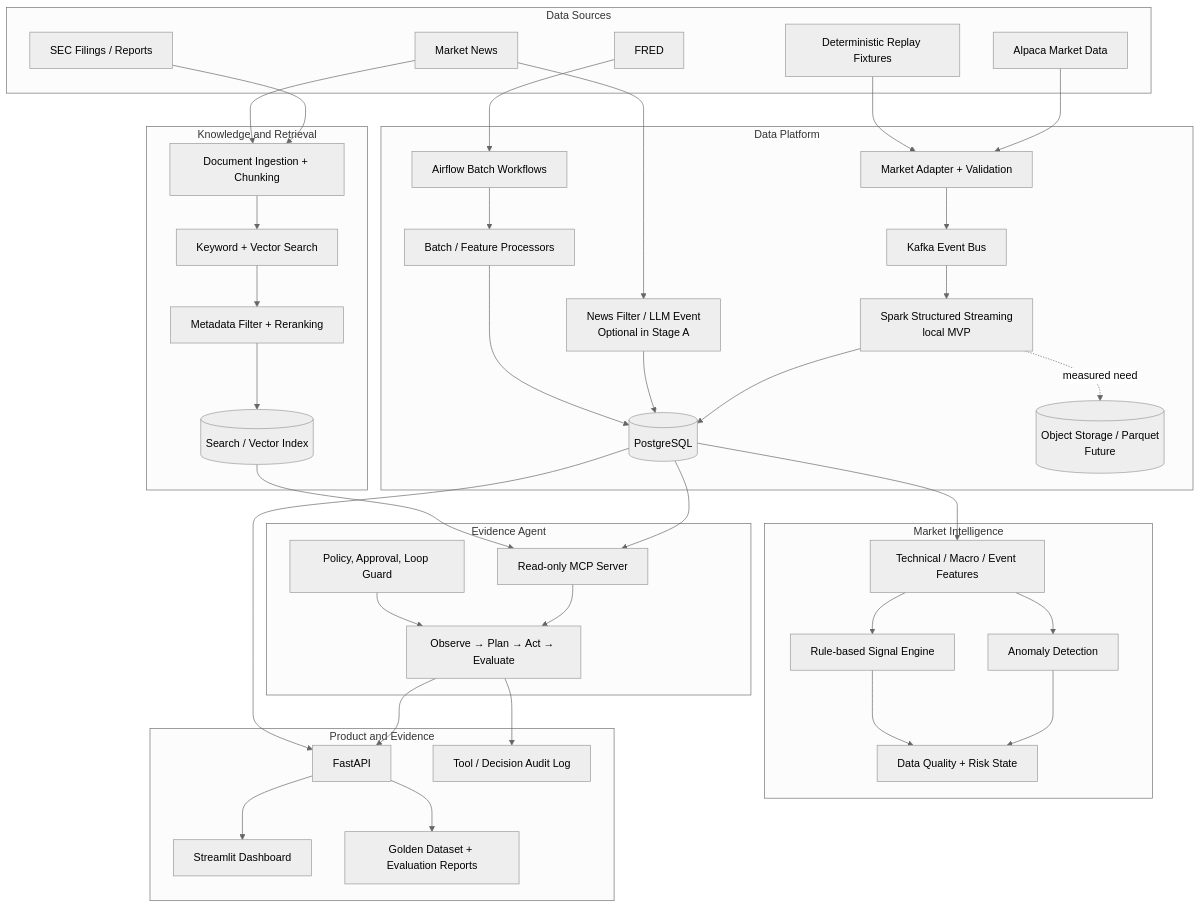
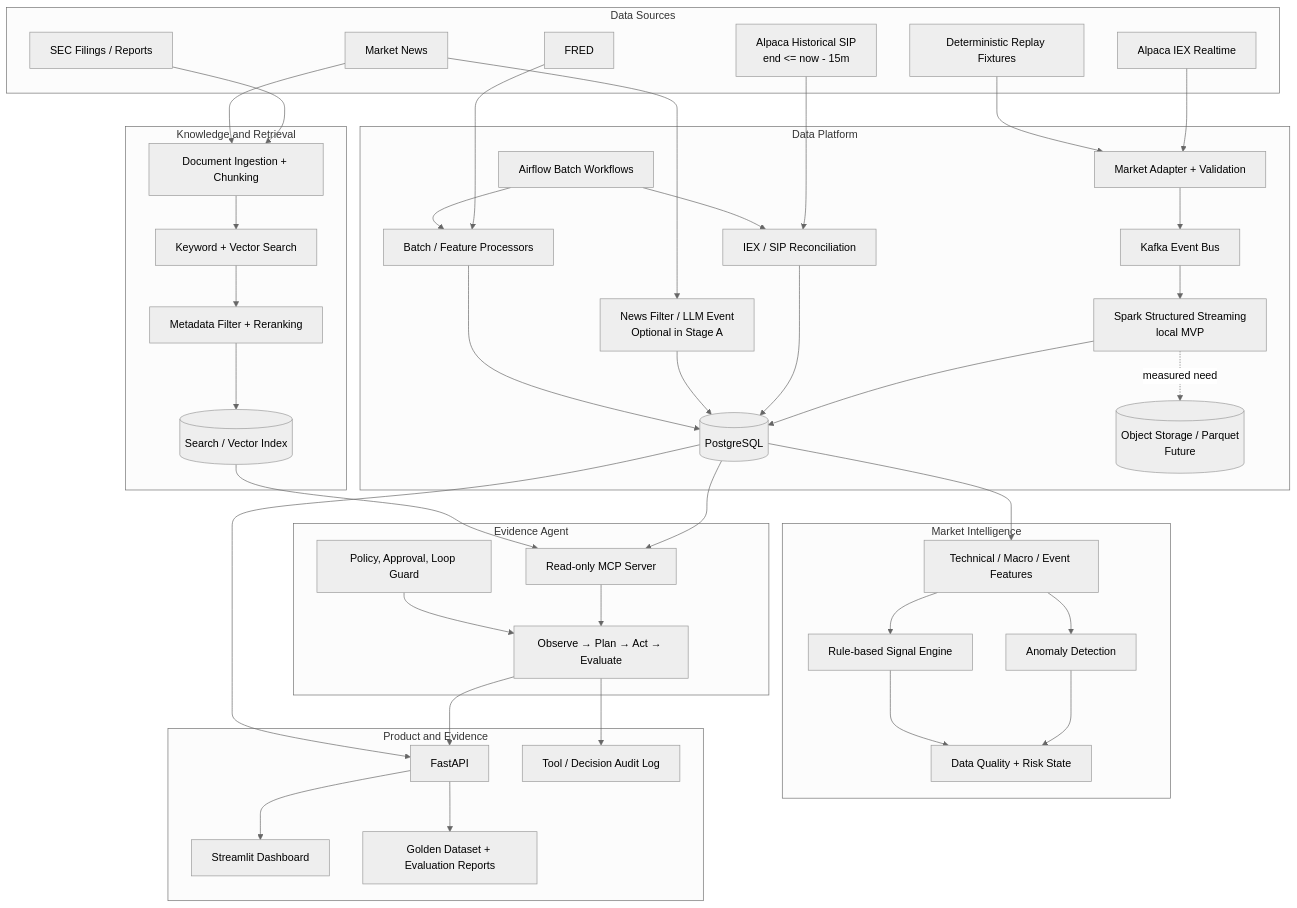
Before and after one commit to hjh6709/us-market-intelligence-pipeline: the first of 2 diagrams in docs/final-vision.md, drawn with Mermaid (neutral theme). The commit also changed other lines of this file and 6 other files, not shown here.

Commit message:
docs: define IEX alert reconciliation strategy

````diff
--- a/docs/final-vision.md
+++ b/docs/final-vision.md
@@ -48,72 +48,77 @@
 ```mermaid
 flowchart TB
     subgraph Sources["Data Sources"]
-      Market["Alpaca Market Data"]
+      Market["Alpaca IEX Realtime"]
+      MarketSIP["Alpaca Historical SIP\nend <= now - 15m"]
       Macro["FRED"]
       News["Market News"]
       Filings["SEC Filings / Reports"]
       Replay["Deterministic Replay Fixtures"]
     end
 
     subgraph Platform["Data Platform"]
       MarketAdapter["Market Adapter + Validation"]
       NewsProcessor["News Filter / LLM Event\nOptional in Stage A"]
       Kafka["Kafka Event Bus"]
       Airflow["Airflow Batch Workflows"]
       Spark["Spark Structured Streaming\nlocal MVP"]
       Processors["Batch / Feature Processors"]
+      Reconcile["IEX / SIP Reconciliation"]
       Postgres[("PostgreSQL")]
       Archive[("Object Storage / Parquet\nFuture")]
     end
 
     subgraph Intelligence["Market Intelligence"]
       Features["Technical / Macro / Event Features"]
       Anomaly["Anomaly Detection"]
       Signal["Rule-based Signal Engine"]
       Risk["Data Quality + Risk State"]
     end
 
     subgraph Knowledge["Knowledge and Retrieval"]
       Ingest["Document Ingestion + Chunking"]
       Hybrid["Keyword + Vector Search"]
       Rerank["Metadata Filter + Reranking"]
       Index[("Search / Vector Index")]
     end
 
     subgraph AgentLayer["Evidence Agent"]
       MCP["Read-only MCP Server"]
       Agent["Observe → Plan → Act → Evaluate"]
       Guard["Policy, Approval, Loop Guard"]
     end
 
     subgraph Product["Product and Evidence"]
       API["FastAPI"]
       Dashboard["Streamlit Dashboard"]
       Eval["Golden Dataset + Evaluation Reports"]
       Audit["Tool / Decision Audit Log"]
     end
 
     Market --> MarketAdapter
     Replay --> MarketAdapter
     MarketAdapter --> Kafka --> Spark --> Postgres
+    MarketSIP --> Reconcile
+    Airflow --> Reconcile --> Postgres
     News --> NewsProcessor --> Postgres
-    Macro --> Airflow --> Processors --> Postgres
+    Macro --> Processors
+    Airflow --> Processors --> Postgres
     Filings --> Ingest
     News --> Ingest
     Ingest --> Hybrid --> Rerank --> Index
     Spark -. measured need .-> Archive
 
     Postgres --> Features --> Anomaly
     Features --> Signal
     Anomaly --> Risk
     Signal --> Risk
 
     Postgres --> MCP
     Index --> MCP
     MCP --> Agent
     Guard --> Agent
     Agent --> API
     Postgres --> API --> Dashboard
     Agent --> Audit
     API --> Eval
 ```
````
